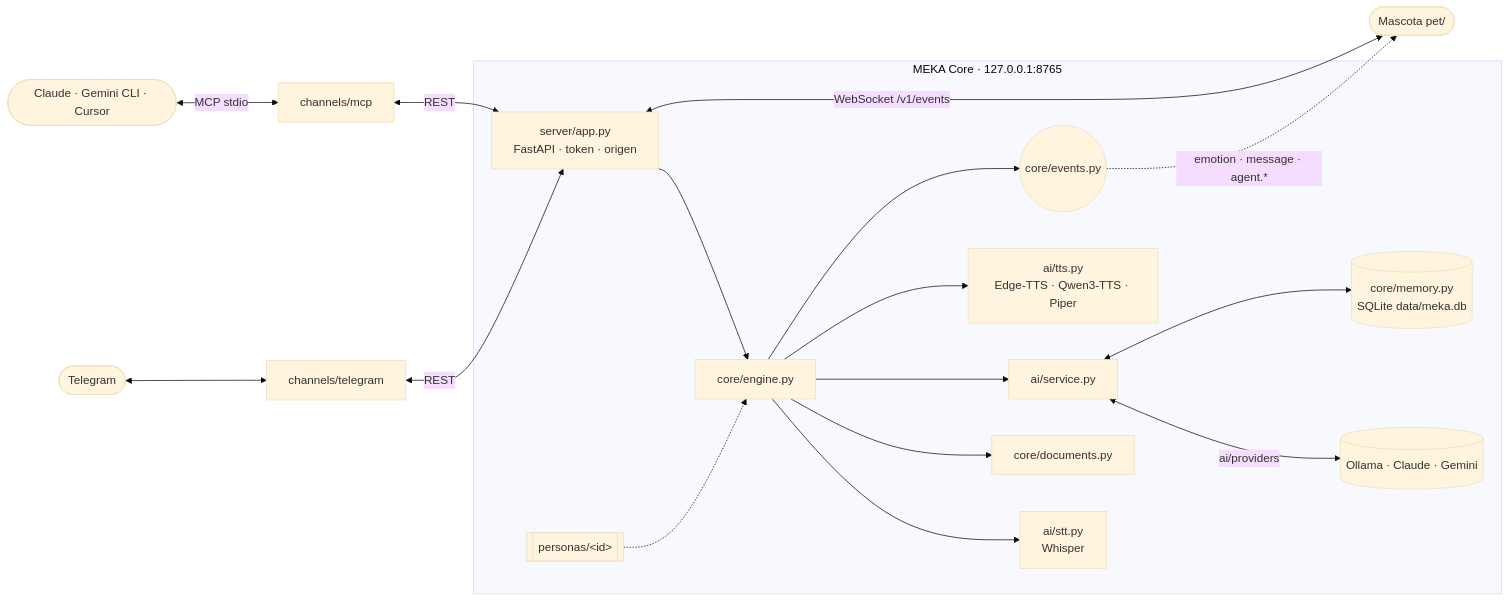
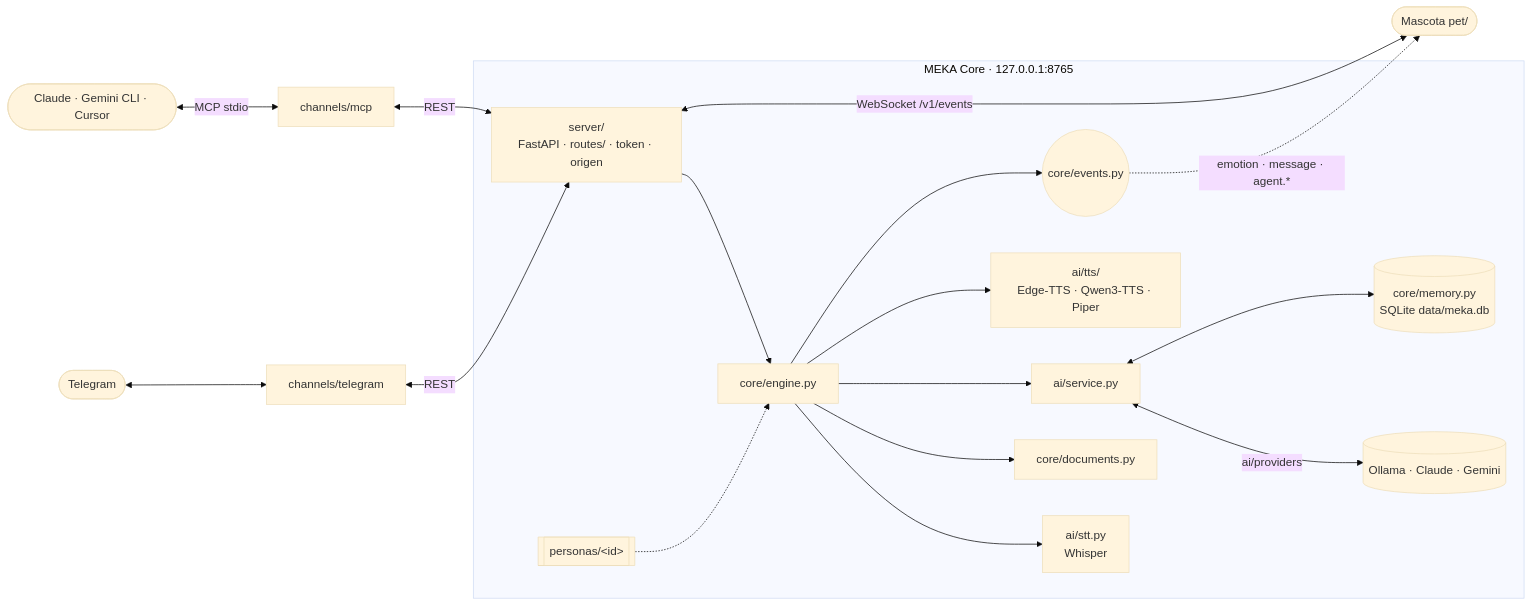
One commit to Nekimu/PROJECT-MEKA changed the diagram in README.md. Above: the diagram before and after it, drawn with Mermaid (base theme). The commit also changed other lines of this file and 86 other files, not shown here.

````diff
--- a/README.md
+++ b/README.md
@@ -331,20 +342,20 @@
 ```mermaid
 flowchart LR
     U([Telegram]) <--> TG[channels/telegram]
     A([Claude · Gemini CLI · Cursor]) <-->|MCP stdio| MCP[channels/mcp]
     TG <-->|REST| API
     MCP <-->|REST| API
     PET([Mascota pet/]) <-->|WebSocket /v1/events| API
     subgraph CORE[MEKA Core · 127.0.0.1:8765]
-        API[server/app.py<br/>FastAPI · token · origen] --> ENG[core/engine.py]
+        API[server/<br/>FastAPI · routes/ · token · origen] --> ENG[core/engine.py]
         ENG --> STT[ai/stt.py<br/>Whisper]
         ENG --> DOC[core/documents.py]
         ENG --> AI[ai/service.py]
-        ENG --> TTS[ai/tts.py<br/>Edge-TTS · Qwen3-TTS · Piper]
+        ENG --> TTS[ai/tts/<br/>Edge-TTS · Qwen3-TTS · Piper]
         ENG --> BUS((core/events.py))
         P[[personas/&lt;id&gt;]] -.-> ENG
         AI <-->|ai/providers| OL[(Ollama · Claude · Gemini)]
         AI <--> MEM[(core/memory.py<br/>SQLite data/meka.db)]
     end
     BUS -.->|emotion · message · agent.*| PET
 ```
````
